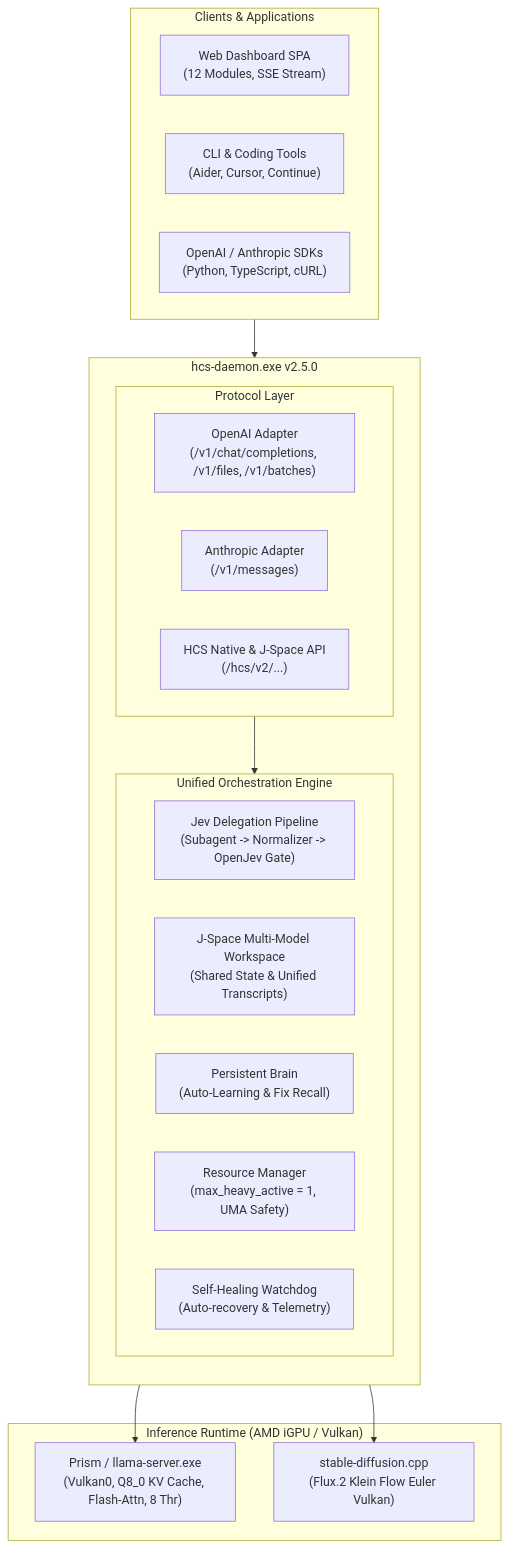
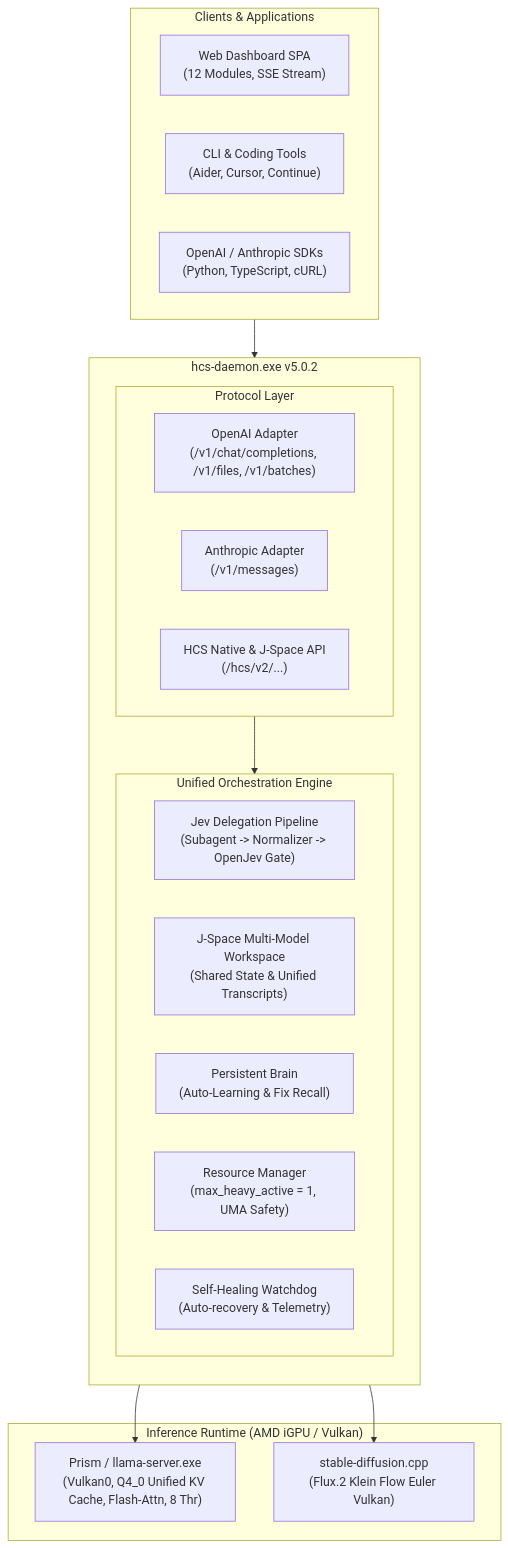
The first of 3 diagrams in README.md (timfromhcs/hcs-local-ai), drawn with Mermaid before and after one commit. The commit also changed other lines of this file and 10 other files, not shown here.

Commit message:
release: v5.0.2 stable with 32k context for heavy models, 64k for others, unified Q4 KV cache, and verified 11/11 master benchmark suite

````diff
--- a/README.md
+++ b/README.md
@@ -111,35 +106,35 @@
 ```mermaid
 flowchart TD
     subgraph Clients["Clients & Applications"]
         UI["Web Dashboard SPA<br/>(12 Modules, SSE Stream)"]
         CLI["CLI & Coding Tools<br/>(Aider, Cursor, Continue)"]
         API["OpenAI / Anthropic SDKs<br/>(Python, TypeScript, cURL)"]
     end
 
-    subgraph Daemon["hcs-daemon.exe v2.5.0"]
+    subgraph Daemon["hcs-daemon.exe v5.0.2"]
         direction TB
         subgraph Adapters["Protocol Layer"]
             OAI["OpenAI Adapter<br/>(/v1/chat/completions, /v1/files, /v1/batches)"]
             ANT["Anthropic Adapter<br/>(/v1/messages)"]
             HCS_NATIVE["HCS Native & J-Space API<br/>(/hcs/v2/...)"]
         end
 
         subgraph CoreEngine["Unified Orchestration Engine"]
             JEV["Jev Delegation Pipeline<br/>(Subagent -> Normalizer -> OpenJev Gate)"]
             JSPACE["J-Space Multi-Model Workspace<br/>(Shared State & Unified Transcripts)"]
             BRAIN["Persistent Brain<br/>(Auto-Learning & Fix Recall)"]
             RES["Resource Manager<br/>(max_heavy_active = 1, UMA Safety)"]
             WATCHDOG["Self-Healing Watchdog<br/>(Auto-recovery & Telemetry)"]
         end
     end
 
     subgraph Workers["Inference Runtime (AMD iGPU / Vulkan)"]
-        PRISM["Prism / llama-server.exe<br/>(Vulkan0, Q8_0 KV Cache, Flash-Attn, 8 Thr)"]
+        PRISM["Prism / llama-server.exe<br/>(Vulkan0, Q4_0 Unified KV Cache, Flash-Attn, 8 Thr)"]
         SD["stable-diffusion.cpp<br/>(Flux.2 Klein Flow Euler Vulkan)"]
     end
 
     Clients --> Daemon
     Adapters --> CoreEngine
     CoreEngine --> PRISM
     CoreEngine --> SD
 ```
````
